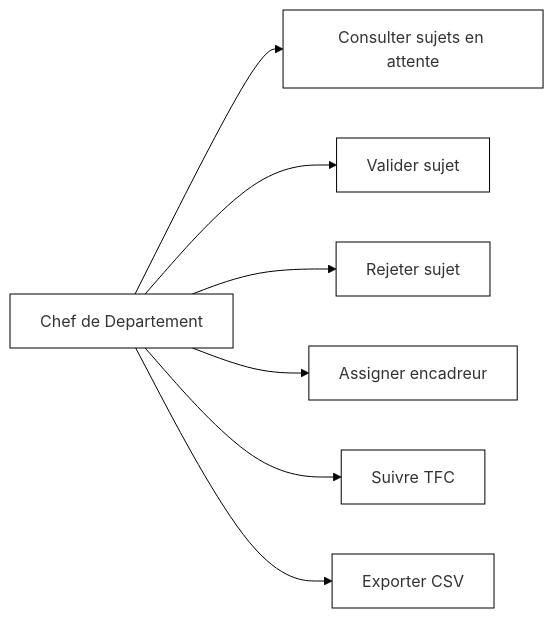
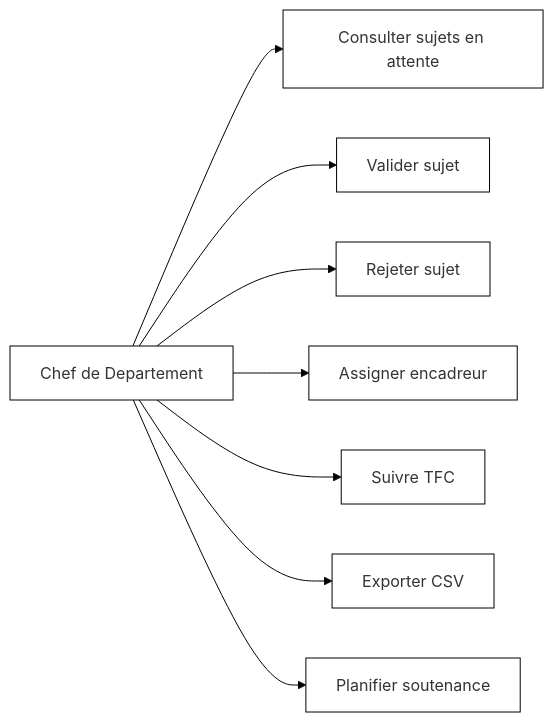
Before and after one commit to DavidMwangaza/TFC-Manager: the third of 13 diagrams in DIAGRAMMES-PAR-FIGURE-NB.md, drawn with Mermaid. The commit also changed other lines of this file and 34 other files, not shown here.

````diff
--- a/DIAGRAMMES-PAR-FIGURE-NB.md
+++ b/DIAGRAMMES-PAR-FIGURE-NB.md
@@ -38,10 +40,11 @@
 ```mermaid
 %%{init: {'theme':'base','themeVariables': {'background':'#ffffff','primaryColor':'#ffffff','primaryBorderColor':'#000000','lineColor':'#000000','textColor':'#000000'}}}%%
 graph LR
     C[Chef de Departement] --> A[Consulter sujets en attente]
     C --> B[Valider sujet]
     C --> D[Rejeter sujet]
     C --> E[Assigner encadreur]
     C --> F[Suivre TFC]
     C --> G[Exporter CSV]
+    C --> H[Planifier soutenance]
 ```
````
